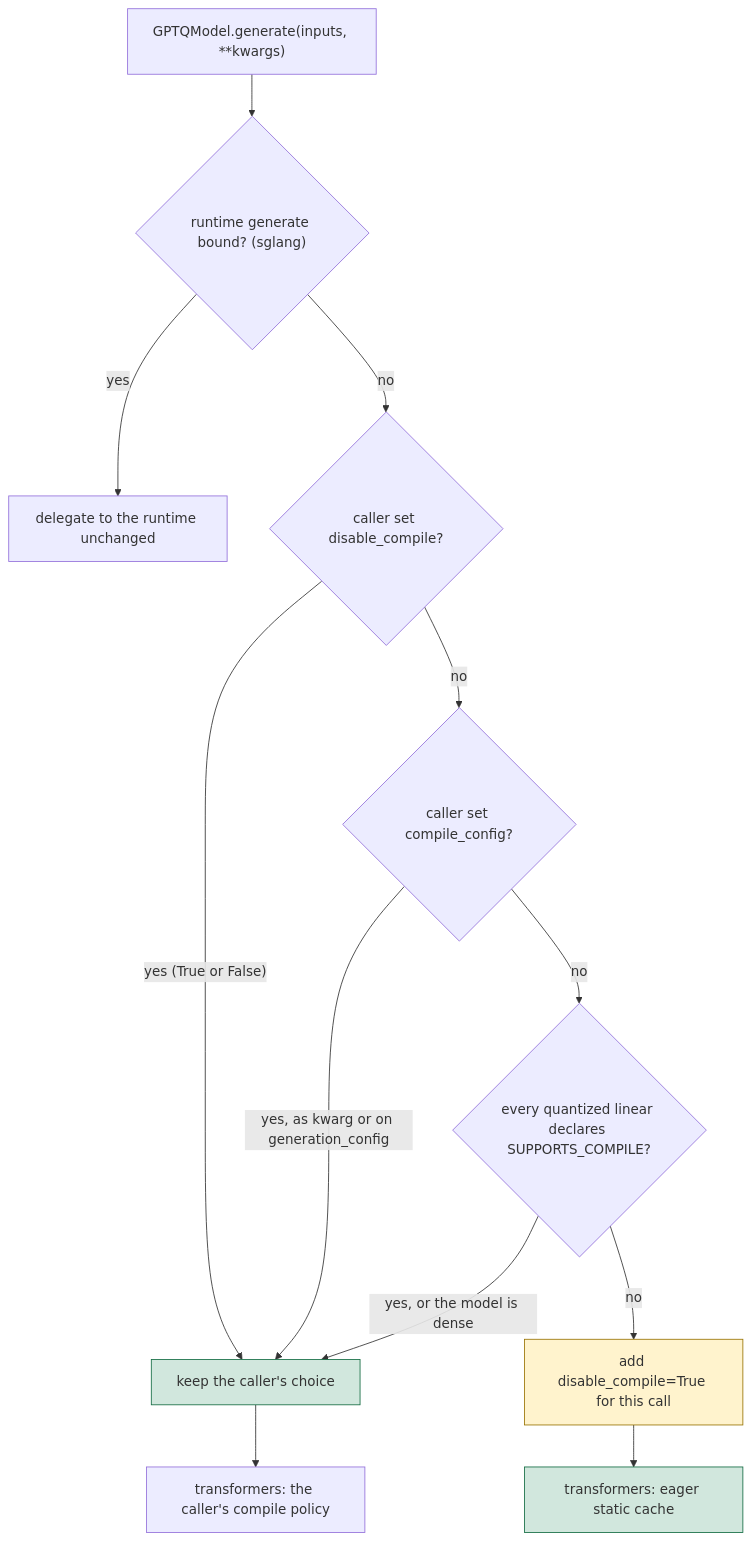
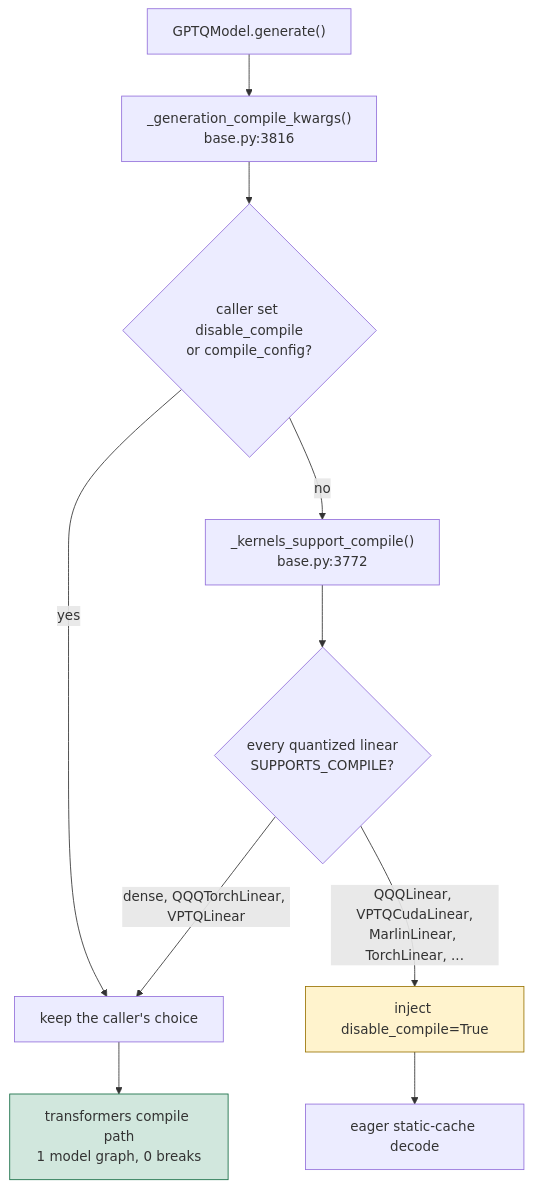
The second of 3 diagrams in docs/generation-compile-policy.md (ModelCloud/GPTQModel), drawn with Mermaid before and after one commit. The commit also changed other lines of this file and 9 other files, not shown here.

First line of the commit message:
perf(qqq,vptq): opt portable torch kernels into compiled generation (#5102)

````diff
--- a/docs/generation-compile-policy.md
+++ b/docs/generation-compile-policy.md
@@ -19,17 +57,14 @@
 ```mermaid
 flowchart TD
-    A["GPTQModel.generate(inputs, **kwargs)"] --> B{"runtime generate bound? (sglang)"}
-    B -->|"yes"| C["delegate to the runtime unchanged"]
-    B -->|"no"| D{"caller set disable_compile?"}
-    D -->|"yes (True or False)"| E["keep the caller's choice"]
-    D -->|"no"| F{"caller set compile_config?"}
-    F -->|"yes, as kwarg or on generation_config"| E
-    F -->|"no"| G{"every quantized linear declares SUPPORTS_COMPILE?"}
-    G -->|"yes, or the model is dense"| E
-    G -->|"no"| H["add disable_compile=True for this call"]
-    H --> I["transformers: eager static cache"]
-    E --> J["transformers: the caller's compile policy"]
-    style H fill:#fff3cd,stroke:#997404
+    A["GPTQModel.generate()"] --> B["_generation_compile_kwargs()<br/>base.py:3816"]
+    B --> C{"caller set disable_compile<br/>or compile_config?"}
+    C -->|"yes"| D["keep the caller's choice"]
+    C -->|"no"| E["_kernels_support_compile()<br/>base.py:3772"]
+    E --> F{"every quantized linear<br/>SUPPORTS_COMPILE?"}
+    F -->|"dense, QQQTorchLinear, VPTQLinear"| D
+    F -->|"QQQLinear, VPTQCudaLinear,<br/>MarlinLinear, TorchLinear, ..."| G["inject disable_compile=True"]
+    G --> H["eager static-cache decode"]
+    D --> I["transformers compile path<br/>1 model graph, 0 breaks"]
+    style G fill:#fff3cd,stroke:#997404
     style I fill:#d1e7dd,stroke:#146c43
-    style E fill:#d1e7dd,stroke:#146c43
 ```
````
